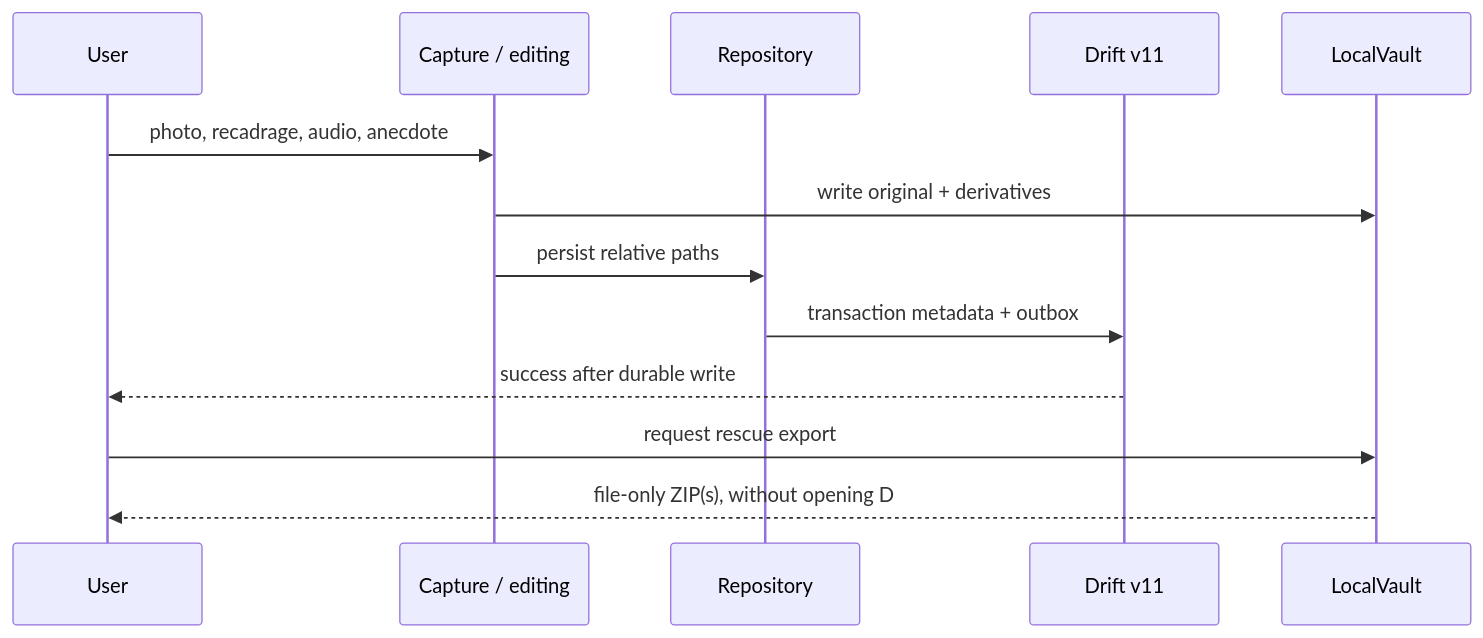
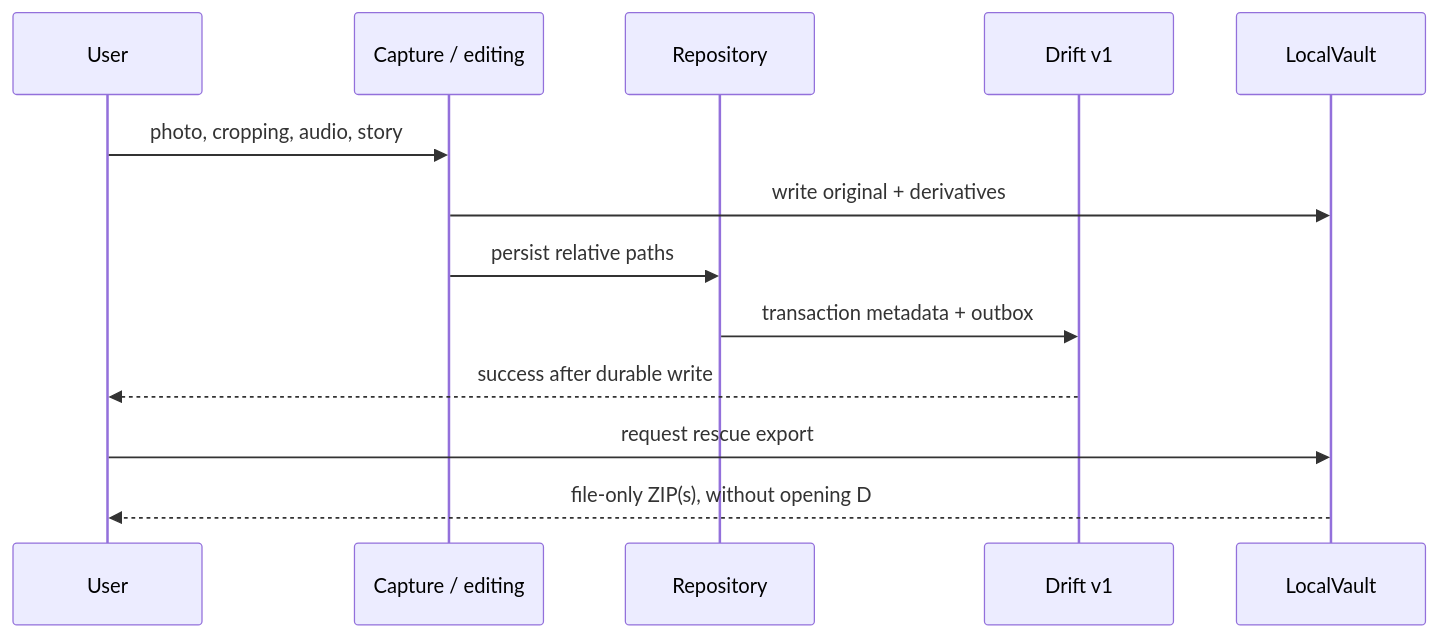
Before and after one commit to KooliFab/artkiddo: the second of 2 diagrams in docs/architecture/current-state.md, drawn with Mermaid. The commit also changed other lines of this file and 80 other files, not shown here.

First line of the commit message:
refactor(core)!: adopt family/artwork names and reset local schema

````diff
--- a/docs/architecture/current-state.md
+++ b/docs/architecture/current-state.md
@@ -119,16 +121,16 @@
 ```mermaid
 sequenceDiagram
   participant U as User
   participant C as Capture / editing
   participant R as Repository
-  participant D as Drift v11
+  participant D as Drift v1
   participant V as LocalVault
 
-  U->>C: photo, recadrage, audio, anecdote
+  U->>C: photo, cropping, audio, story
   C->>V: write original + derivatives
   C->>R: persist relative paths
   R->>D: transaction metadata + outbox
   D-->>U: success after durable write
   U->>V: request rescue export
   V-->>U: file-only ZIP(s), without opening D
 ```
````
